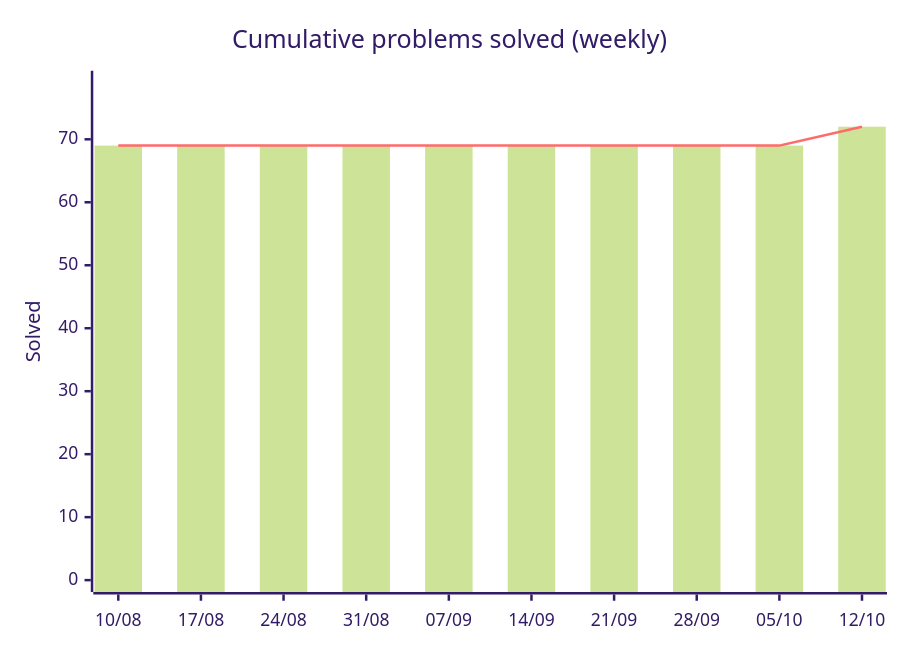
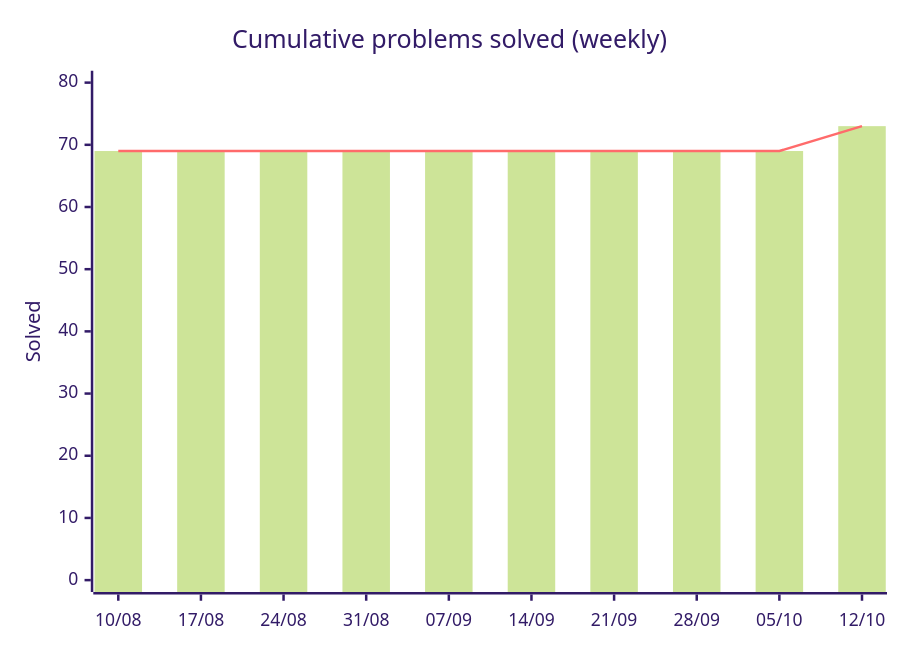
One commit to HarryTrn/TensorTonic-Solutions changed the first of 2 diagrams in README.md. Above: the diagram before and after it, drawn with Mermaid (forest theme). The commit also changed other lines of this file, not shown here.

````diff
--- a/README.md
+++ b/README.md
@@ -65,8 +65,8 @@
 ```mermaid
 xychart-beta
     title "Cumulative problems solved (weekly)"
     x-axis ["10/08", "17/08", "24/08", "31/08", "07/09", "14/09", "21/09", "28/09", "05/10", "12/10"]
-    y-axis "Solved" 0 --> 79
-    bar [69, 69, 69, 69, 69, 69, 69, 69, 69, 72]
-    line [69, 69, 69, 69, 69, 69, 69, 69, 69, 72]
+    y-axis "Solved" 0 --> 80
+    bar [69, 69, 69, 69, 69, 69, 69, 69, 69, 73]
+    line [69, 69, 69, 69, 69, 69, 69, 69, 69, 73]
 ```
````
